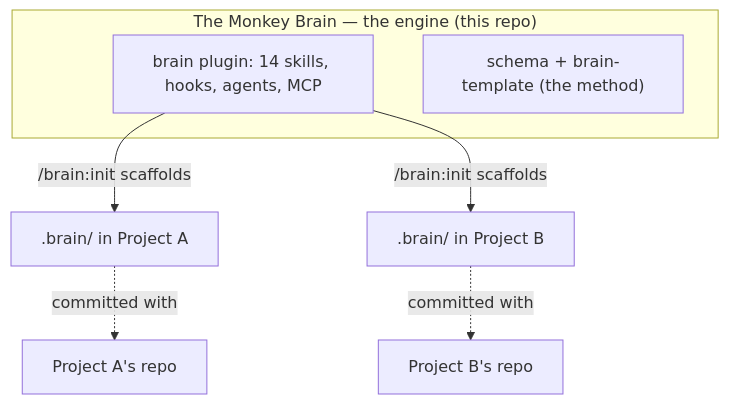
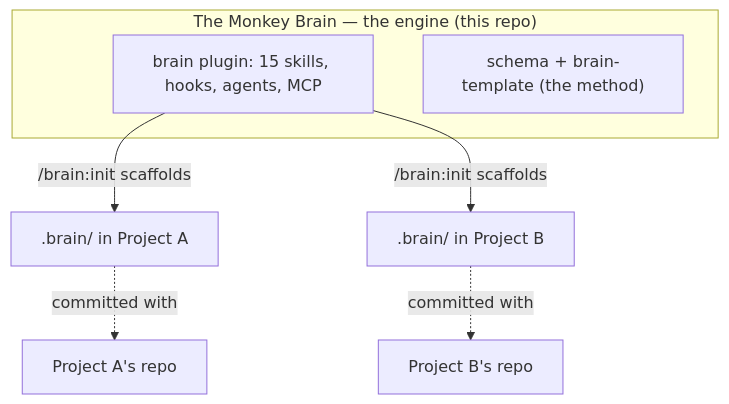
The second of 2 diagrams in README.md (NeamulMorshed/The-Monkey-Brain), drawn with Mermaid before and after one commit. The commit also changed other lines of this file and 19 other files, not shown here.

````diff
--- a/README.md
+++ b/README.md
@@ -215,11 +217,11 @@
 ```mermaid
 flowchart TB
     subgraph Engine["The Monkey Brain — the engine (this repo)"]
-        P["brain plugin: 14 skills, hooks, agents, MCP"]
+        P["brain plugin: 15 skills, hooks, agents, MCP"]
         BT["schema + brain-template (the method)"]
     end
     P -->|/brain:init scaffolds| I1[".brain/ in Project A"]
     P -->|/brain:init scaffolds| I2[".brain/ in Project B"]
     I1 -.committed with.-> RA["Project A's repo"]
     I2 -.committed with.-> RB["Project B's repo"]
 ```
````
